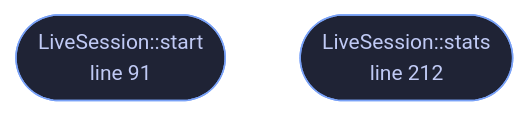
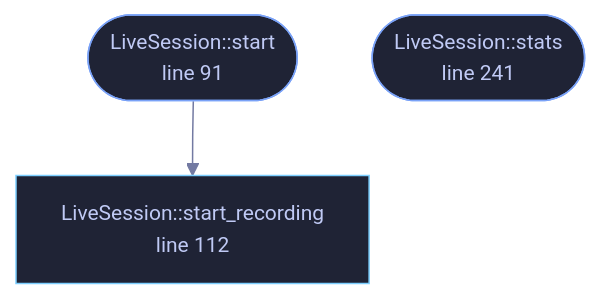
One commit to tilas01/veilvoice changed the diagram in wiki/File-veilvoice-audio-live.md. Above: the diagram before and after it, drawn with Mermaid. The commit also changed other lines of this file and 69 other files, not shown here.

````diff
--- a/wiki/File-veilvoice-audio-live.md
+++ b/wiki/File-veilvoice-audio-live.md
@@ -84,10 +85,15 @@
 ```mermaid
 %%{init: {"theme":"base","themeVariables":{"background":"#1a1b26","primaryColor":"#1f2335","primaryTextColor":"#c0caf5","primaryBorderColor":"#7aa2f7","secondaryColor":"#16161e","tertiaryColor":"#16161e","lineColor":"#737aa2","textColor":"#c0caf5","mainBkg":"#1f2335","nodeBorder":"#7aa2f7","clusterBkg":"#16161e","clusterBorder":"#2f3549","fontFamily":"ui-monospace, SFMono-Regular, Consolas, monospace","fontSize":"14px"}}}%%
 flowchart TD
     n_start(["LiveSession::start<br/>line 91"])
-    n_stats(["LiveSession::stats<br/>line 212"])
+    n_start_recording["LiveSession::start_recording<br/>line 112"]
+    n_stats(["LiveSession::stats<br/>line 241"])
+    n_start --> n_start_recording
     click n_start href "https://github.com/tilas01/veilvoice/blob/main/crates/veilvoice-audio/src/live.rs#L91" "open the source"
-    click n_stats href "https://github.com/tilas01/veilvoice/blob/main/crates/veilvoice-audio/src/live.rs#L212" "open the source"
+    click n_start_recording href "https://github.com/tilas01/veilvoice/blob/main/crates/veilvoice-audio/src/live.rs#L112" "open the source"
+    click n_stats href "https://github.com/tilas01/veilvoice/blob/main/crates/veilvoice-audio/src/live.rs#L241" "open the source"
     classDef entry fill:#1f2335,stroke:#7aa2f7,color:#c0caf5
     class n_start,n_stats entry
+    classDef api fill:#1f2335,stroke:#7dcfff,color:#c0caf5
+    class n_start_recording api
 ```
````
